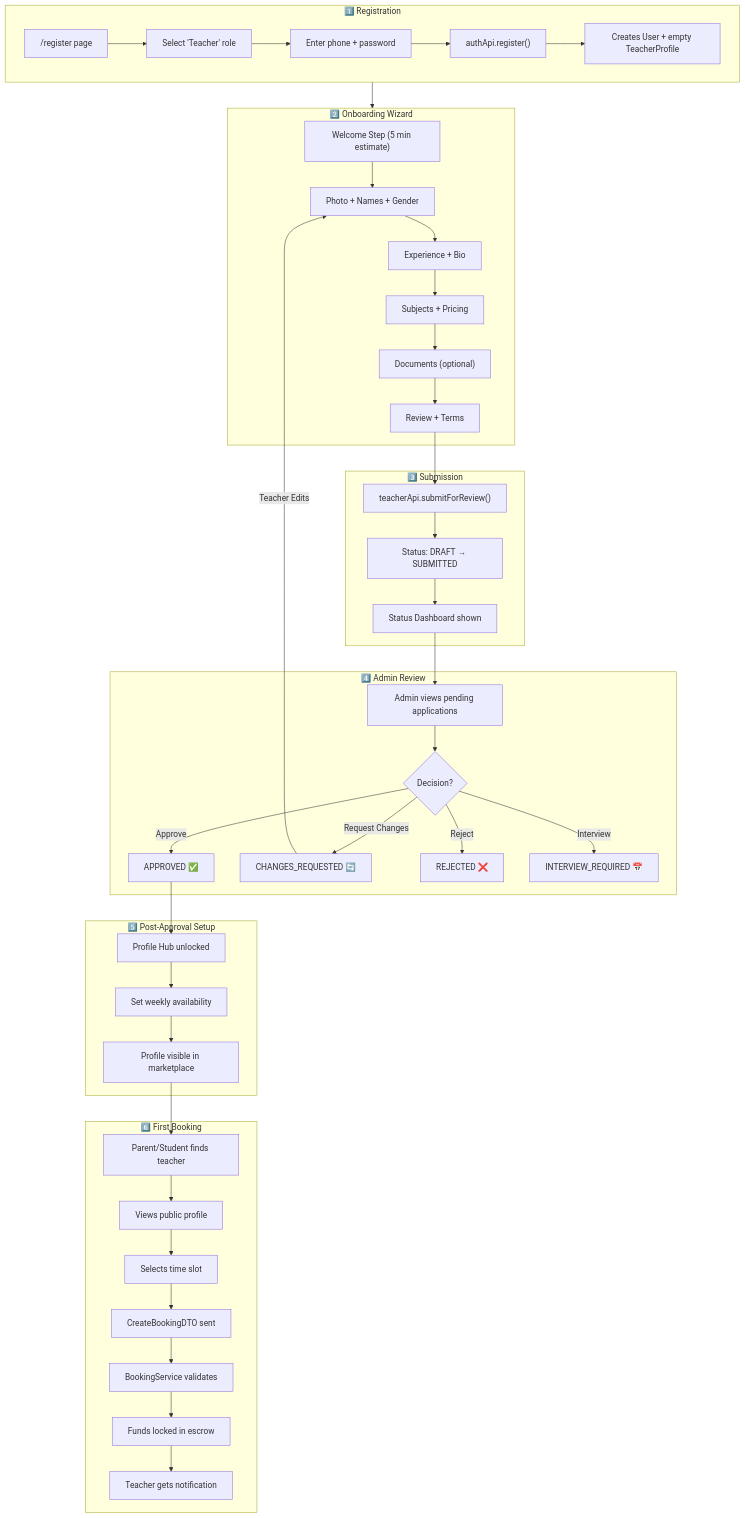
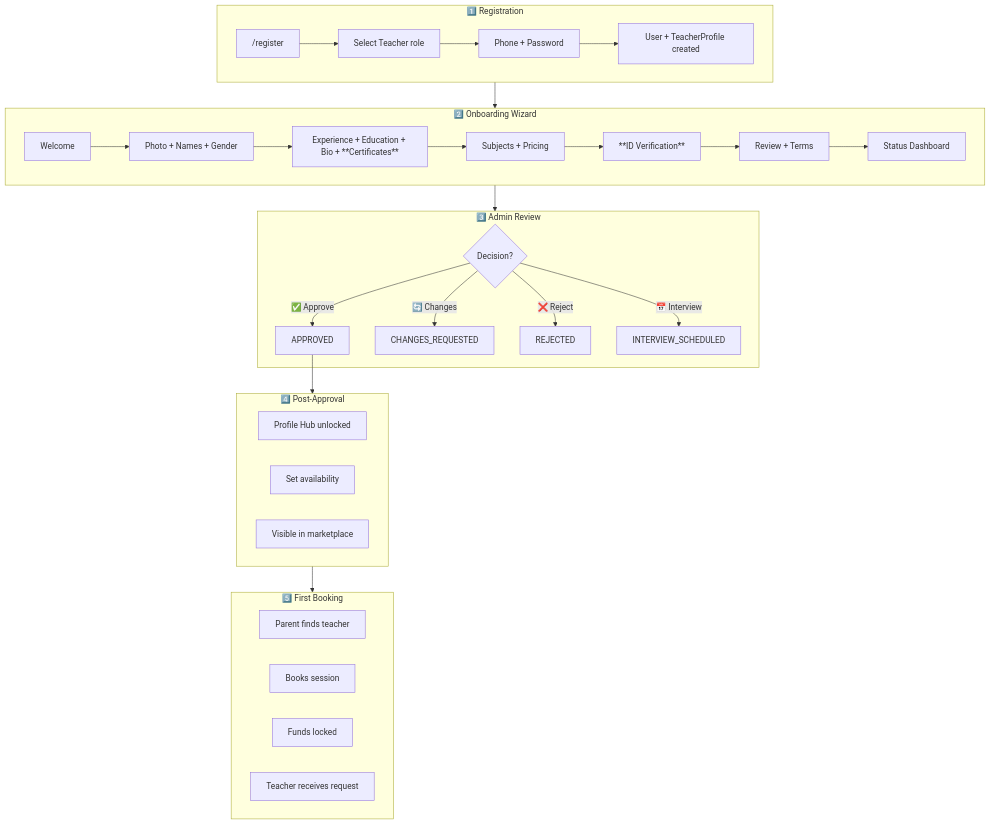
The first of 2 diagrams in docs/flows/teacher-journey.md (smtoot/Sidra-Ai), drawn with Mermaid before and after one commit. The commit also changed other lines of this file and 3 other files, not shown here.

First line of the commit message:
feat: smooth onboarding to profile hub transition

````diff
--- a/docs/flows/teacher-journey.md
+++ b/docs/flows/teacher-journey.md
@@ -5,61 +10,41 @@
 ```mermaid
 flowchart TB
     subgraph REG["1️⃣ Registration"]
-        R1["/register page"] --> R2["Select 'Teacher' role"]
-        R2 --> R3["Enter phone + password"]
-        R3 --> R4["authApi.register()"]
-        R4 --> R5["Creates User + empty TeacherProfile"]
+        R1["/register"] --> R2["Select Teacher role"]
+        R2 --> R3["Phone + Password"]
+        R3 --> R4["User + TeacherProfile created"]
     end
 
     subgraph ONB["2️⃣ Onboarding Wizard"]
-        O1["Welcome Step (5 min estimate)"]
-        O2["Photo + Names + Gender"]
-        O3["Experience + Bio"]
-        O4["Subjects + Pricing"]
-        O5["Documents (optional)"]
-        O6["Review + Terms"]
-        O1 --> O2 --> O3 --> O4 --> O5 --> O6
+        O0["Welcome"] --> O1["Photo + Names + Gender"]
+        O1 --> O2["Experience + Education + Bio + **Certificates**"]
+        O2 --> O3["Subjects + Pricing"]
+        O3 --> O4["**ID Verification**"]
+        O4 --> O5["Review + Terms"]
+        O5 --> O6["Status Dashboard"]
     end
 
-    subgraph SUB["3️⃣ Submission"]
-        S1["teacherApi.submitForReview()"]
-        S2["Status: DRAFT → SUBMITTED"]
-        S3["Status Dashboard shown"]
-        O6 --> S1 --> S2 --> S3
+    subgraph ADM["3️⃣ Admin Review"]
+        A1{Decision?}
+        A1 -->|✅ Approve| A2["APPROVED"]
+        A1 -->|🔄 Changes| A3["CHANGES_REQUESTED"]
+        A1 -->|❌ Reject| A4["REJECTED"]
+        A1 -->|📅 Interview| A5["INTERVIEW_SCHEDULED"]
     end
 
-    subgraph ADM["4️⃣ Admin Review"]
-        A1["Admin views pending applications"]
-        A2{Decision?}
-        A3["APPROVED ✅"]
-        A4["CHANGES_REQUESTED 🔄"]
-        A5["REJECTED ❌"]
-        A6["INTERVIEW_REQUIRED 📅"]
-        S3 --> A1 --> A2
-        A2 -->|Approve| A3
-        A2 -->|Request Changes| A4
-        A2 -->|Reject| A5
-        A2 -->|Interview| A6
-        A4 -->|Teacher Edits| O2
+    subgraph POST["4️⃣ Post-Approval"]
+        P1["Profile Hub unlocked"]
+        P2["Set availability"]
+        P3["Visible in marketplace"]
     end
 
-    subgraph POST["5️⃣ Post-Approval Setup"]
-        P1["Profile Hub unlocked"]
-        P2["Set weekly availability"]
-        P3["Profile visible in marketplace"]
-        A3 --> P1 --> P2 --> P3
+    subgraph BOOK["5️⃣ First Booking"]
+        B1["Parent finds teacher"]
+        B2["Books session"]
+        B3["Funds locked"]
+        B4["Teacher receives request"]
     end
 
-    subgraph BOOK["6️⃣ First Booking"]
-        B1["Parent/Student finds teacher"]
-        B2["Views public profile"]
-        B3["Selects time slot"]
-        B4["CreateBookingDTO sent"]
-        B5["BookingService validates"]
-        B6["Funds locked in escrow"]
-        B7["Teacher gets notification"]
-        P3 --> B1 --> B2 --> B3 --> B4 --> B5 --> B6 --> B7
-    end
-
-    REG --> ONB
+    REG --> ONB --> ADM
+    A2 --> POST --> BOOK
 ```
````
